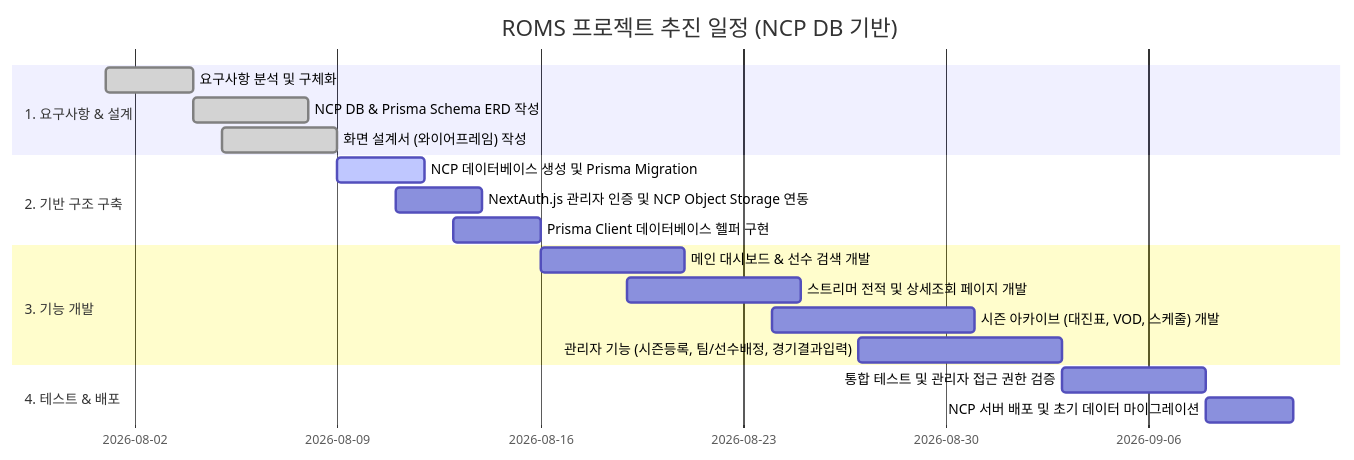
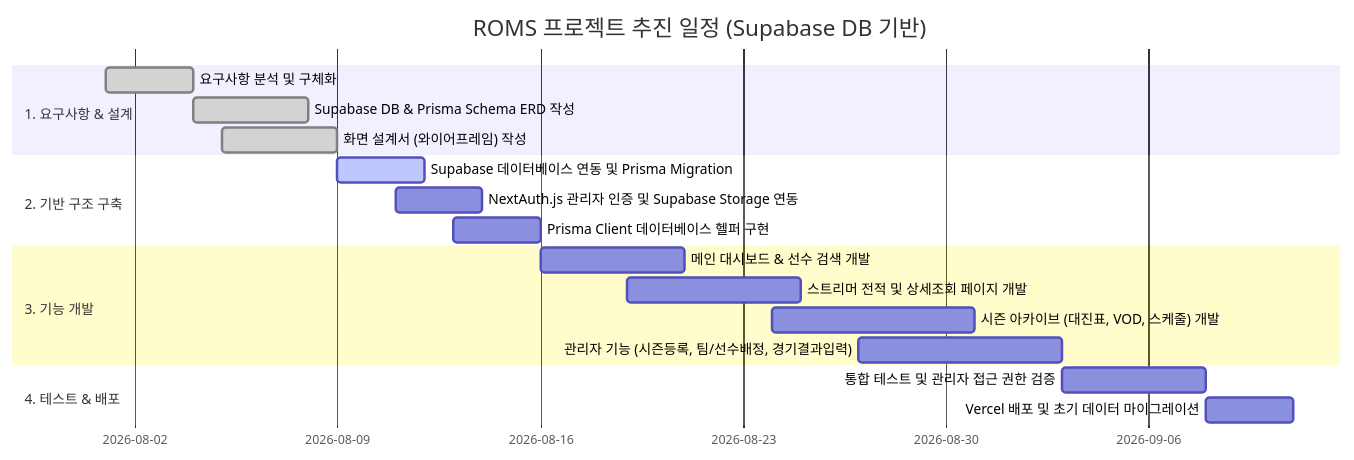
The second of 2 diagrams in 산출물/초기계획/ROMS_프로젝트계획서.md (junhyeon0325/ROMS), drawn with Mermaid before and after one commit. The commit also changed other lines of this file and 28 other files, not shown here.

First line of the commit message:
feat(docs/db): 프로젝트 초기 산출물 추가 및 Prisma DB 스키마 설정

````diff
--- a/산출물/초기계획/ROMS_프로젝트계획서.md
+++ b/산출물/초기계획/ROMS_프로젝트계획서.md
@@ -76,24 +76,24 @@
 ```mermaid
 gantt
     dateFormat  YYYY-MM-DD
-    title ROMS 프로젝트 추진 일정 (NCP DB 기반)
+    title ROMS 프로젝트 추진 일정 (Supabase DB 기반)
     section 1. 요구사항 & 설계
     요구사항 분석 및 구체화 :done, req, 2026-08-01, 3d
-    NCP DB & Prisma Schema ERD 작성 :done, db_design, 2026-08-04, 4d
+    Supabase DB & Prisma Schema ERD 작성 :done, db_design, 2026-08-04, 4d
     화면 설계서 (와이어프레임) 작성 :done, ui_design, 2026-08-05, 4d
 
     section 2. 기반 구조 구축
-    NCP 데이터베이스 생성 및 Prisma Migration :active, env, 2026-08-09, 3d
-    NextAuth.js 관리자 인증 및 NCP Object Storage 연동 :auth_storage, 2026-08-11, 3d
+    Supabase 데이터베이스 연동 및 Prisma Migration :active, env, 2026-08-09, 3d
+    NextAuth.js 관리자 인증 및 Supabase Storage 연동 :auth_storage, 2026-08-11, 3d
     Prisma Client 데이터베이스 헬퍼 구현 :next_prisma, 2026-08-13, 3d
 
     section 3. 기능 개발
     메인 대시보드 & 선수 검색 개발 :dev_main, 2026-08-16, 5d
     스트리머 전적 및 상세조회 페이지 개발 :dev_streamer, 2026-08-19, 6d
     시즌 아카이브 (대진표, VOD, 스케줄) 개발 :dev_archive, 2026-08-24, 7d
     관리자 기능 (시즌등록, 팀/선수배정, 경기결과입력) :dev_admin, 2026-08-27, 7d
 
     section 4. 테스트 & 배포
     통합 테스트 및 관리자 접근 권한 검증 :test, 2026-09-03, 5d
-    NCP 서버 배포 및 초기 데이터 마이그레이션 :deploy, 2026-09-08, 3d
+    Vercel 배포 및 초기 데이터 마이그레이션 :deploy, 2026-09-08, 3d
 ```
````
